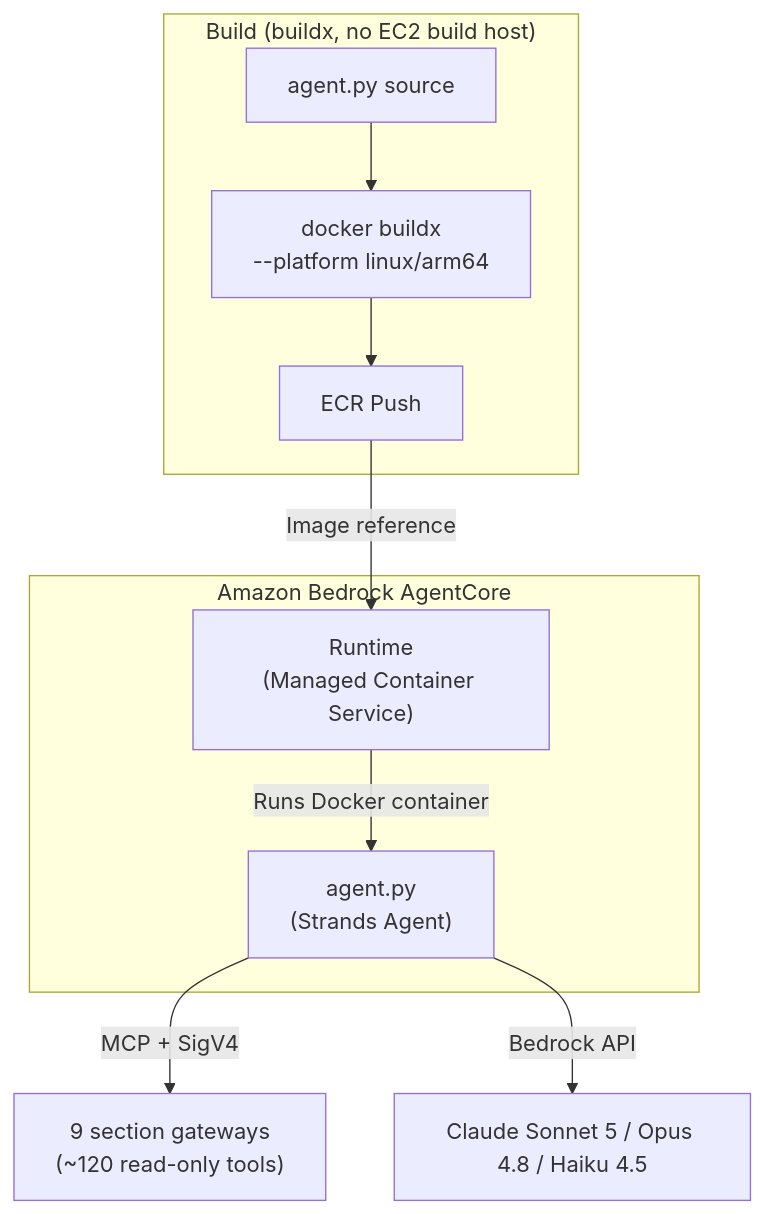
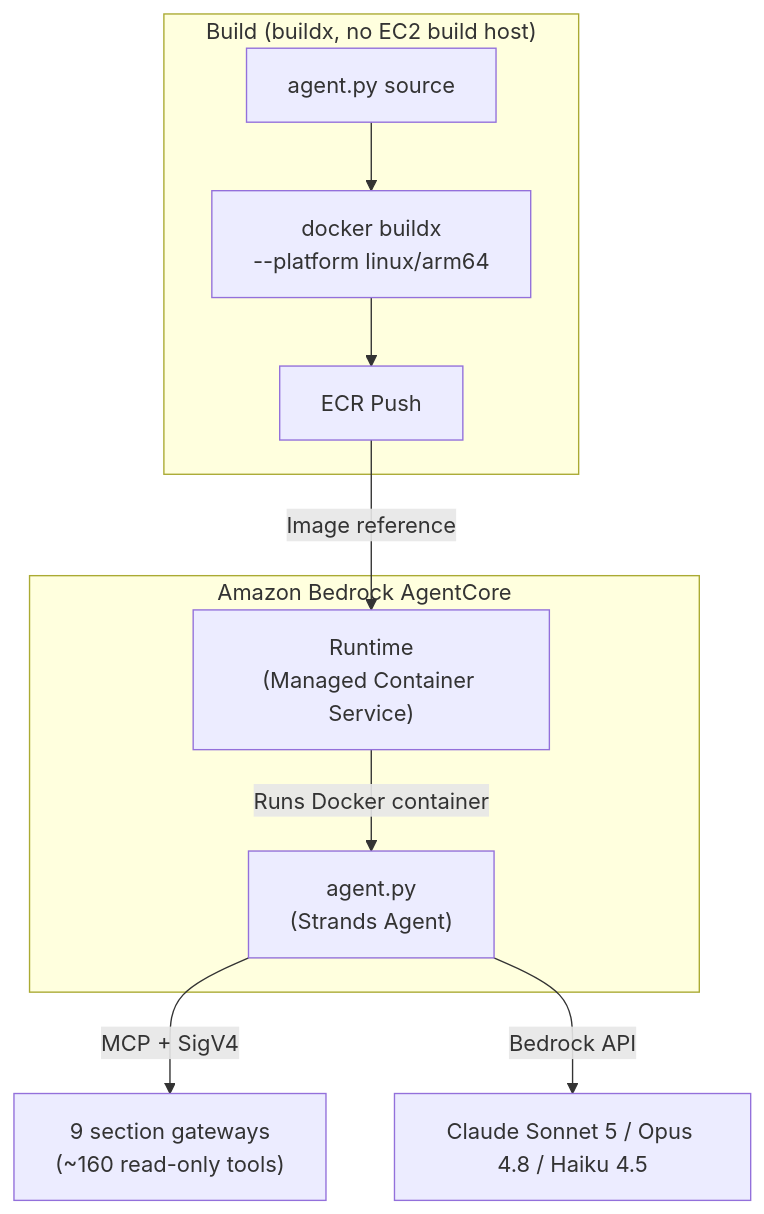
The second of 7 diagrams in docs-site/i18n/en/docusaurus-plugin-content-docs/current/faq/agentcore-memory.md (Atom-oh/awsops), drawn with Mermaid before and after one commit. The commit also changed other lines of this file and 28 other files, not shown here.

````diff
--- a/docs-site/i18n/en/docusaurus-plugin-content-docs/current/faq/agentcore-memory.md
+++ b/docs-site/i18n/en/docusaurus-plugin-content-docs/current/faq/agentcore-memory.md
@@ -40,17 +40,17 @@
 ```mermaid
 flowchart TD
   subgraph AC["Amazon Bedrock AgentCore"]
     RT["Runtime<br/>(Managed Container Service)"]
     RT -->|"Runs Docker container"| AGENT["agent.py<br/>(Strands Agent)"]
   end
 
   subgraph BUILD["Build (buildx, no EC2 build host)"]
     SRC["agent.py source"] --> DOCKER["docker buildx<br/>--platform linux/arm64"]
     DOCKER --> ECR["ECR Push"]
   end
 
   ECR -->|"Image reference"| RT
 
-  AGENT -->|"MCP + SigV4"| GW["9 section gateways<br/>(~120 read-only tools)"]
+  AGENT -->|"MCP + SigV4"| GW["9 section gateways<br/>(~160 read-only tools)"]
   AGENT -->|"Bedrock API"| MODEL["Claude Sonnet 5 / Opus 4.8 / Haiku 4.5"]
 ```
````
